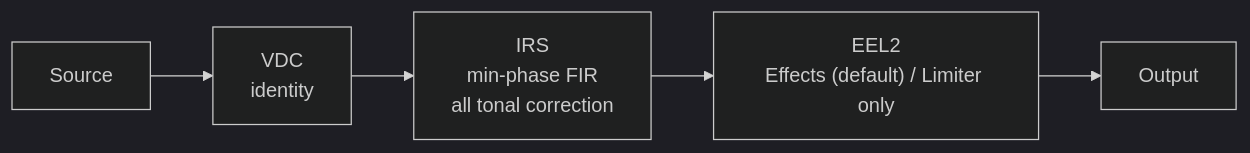
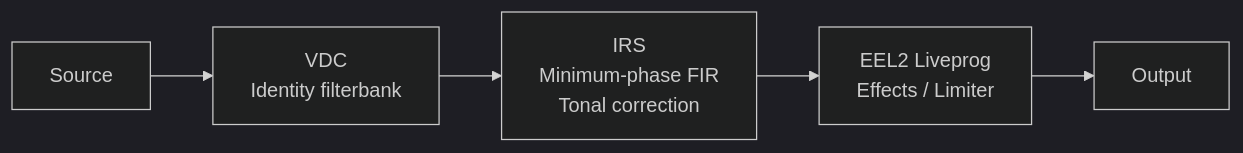
The diagram in README.md (nmstudioo/HyperAudioo), drawn with Mermaid (dark theme) before and after one commit. The commit also changed other lines of this file, not shown here.

````diff
--- a/README.md
+++ b/README.md
@@ -81,7 +76,7 @@
 ```mermaid
 flowchart LR
-    A[Source] --> B["VDC<br/>identity"]
-    B --> C["IRS<br/>min-phase FIR<br/>all tonal correction"]
-    C --> D["EEL2<br/>Effects (default) / Limiter only"]
+    A[Source] --> B["VDC<br/>Identity filterbank"]
+    B --> C["IRS<br/>Minimum-phase FIR<br/>Tonal correction"]
+    C --> D["EEL2 Liveprog<br/>Effects / Limiter"]
     D --> E[Output]
 ```
````
